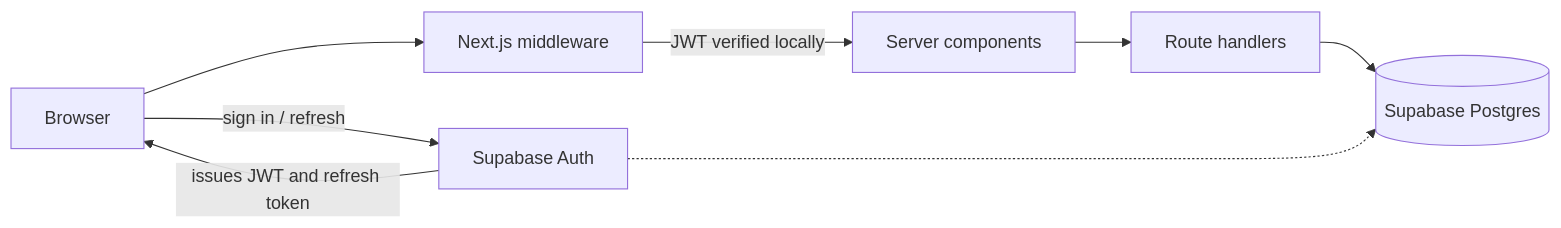
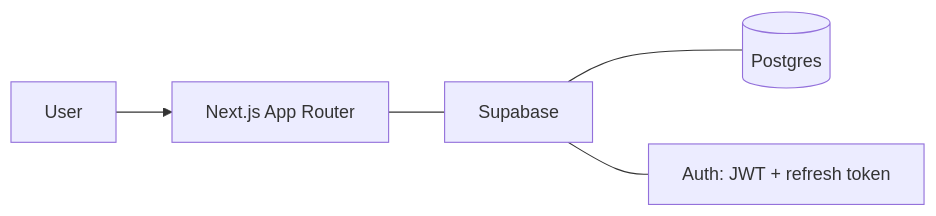
One commit to tylerp63/updated-portfolio changed the diagram in content/dropit.mdx. Above: the diagram before and after it, drawn with Mermaid. The commit also changed other lines of this file and 9 other files, not shown here.

````diff
--- a/content/dropit.mdx
+++ b/content/dropit.mdx
@@ -21,10 +21,7 @@
 ```mermaid
 flowchart LR
-  B[Browser] --> MW[Next.js middleware]
-  MW -->|JWT verified locally| SC[Server components]
-  SC --> RH[Route handlers]
-  RH --> PG[(Supabase Postgres)]
-  B -->|sign in / refresh| SA[Supabase Auth]
-  SA -->|issues JWT and refresh token| B
-  SA -.-> PG
+  U[User] --> APP[Next.js App Router]
+  APP --- SB[Supabase]
+  SB --- PG[(Postgres)]
+  SB --- AUTH[Auth: JWT + refresh token]
 ```
````
